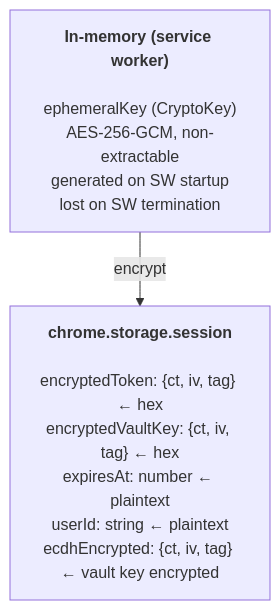
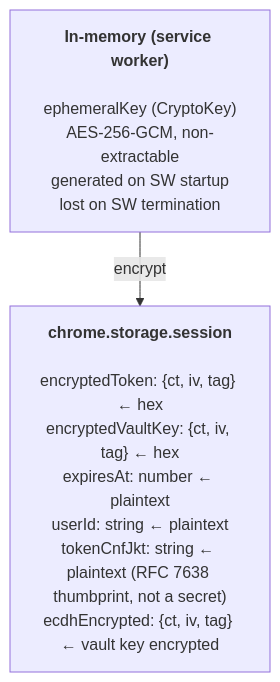
One commit to ngc-shj/passwd-sso changed the third of 6 diagrams in docs/architecture/extension-token-bridge.md. Above: the diagram before and after it, drawn with Mermaid. The commit also changed other lines of this file, not shown here.

````diff
--- a/docs/architecture/extension-token-bridge.md
+++ b/docs/architecture/extension-token-bridge.md
@@ -118,7 +156,7 @@
 ```mermaid
 flowchart TB
     InMem["<b>In-memory (service worker)</b><br/><br/>ephemeralKey (CryptoKey)<br/>AES-256-GCM, non-extractable<br/>generated on SW startup<br/>lost on SW termination"]
     InMem -- "encrypt" --> Session
 
-    Session["<b>chrome.storage.session</b><br/><br/>encryptedToken: {ct, iv, tag} ← hex<br/>encryptedVaultKey: {ct, iv, tag} ← hex<br/>expiresAt: number ← plaintext<br/>userId: string ← plaintext<br/>ecdhEncrypted: {ct, iv, tag} ← vault key encrypted"]
+    Session["<b>chrome.storage.session</b><br/><br/>encryptedToken: {ct, iv, tag} ← hex<br/>encryptedVaultKey: {ct, iv, tag} ← hex<br/>expiresAt: number ← plaintext<br/>userId: string ← plaintext<br/>tokenCnfJkt: string ← plaintext (RFC 7638 thumbprint, not a secret)<br/>ecdhEncrypted: {ct, iv, tag} ← vault key encrypted"]
 ```
````
